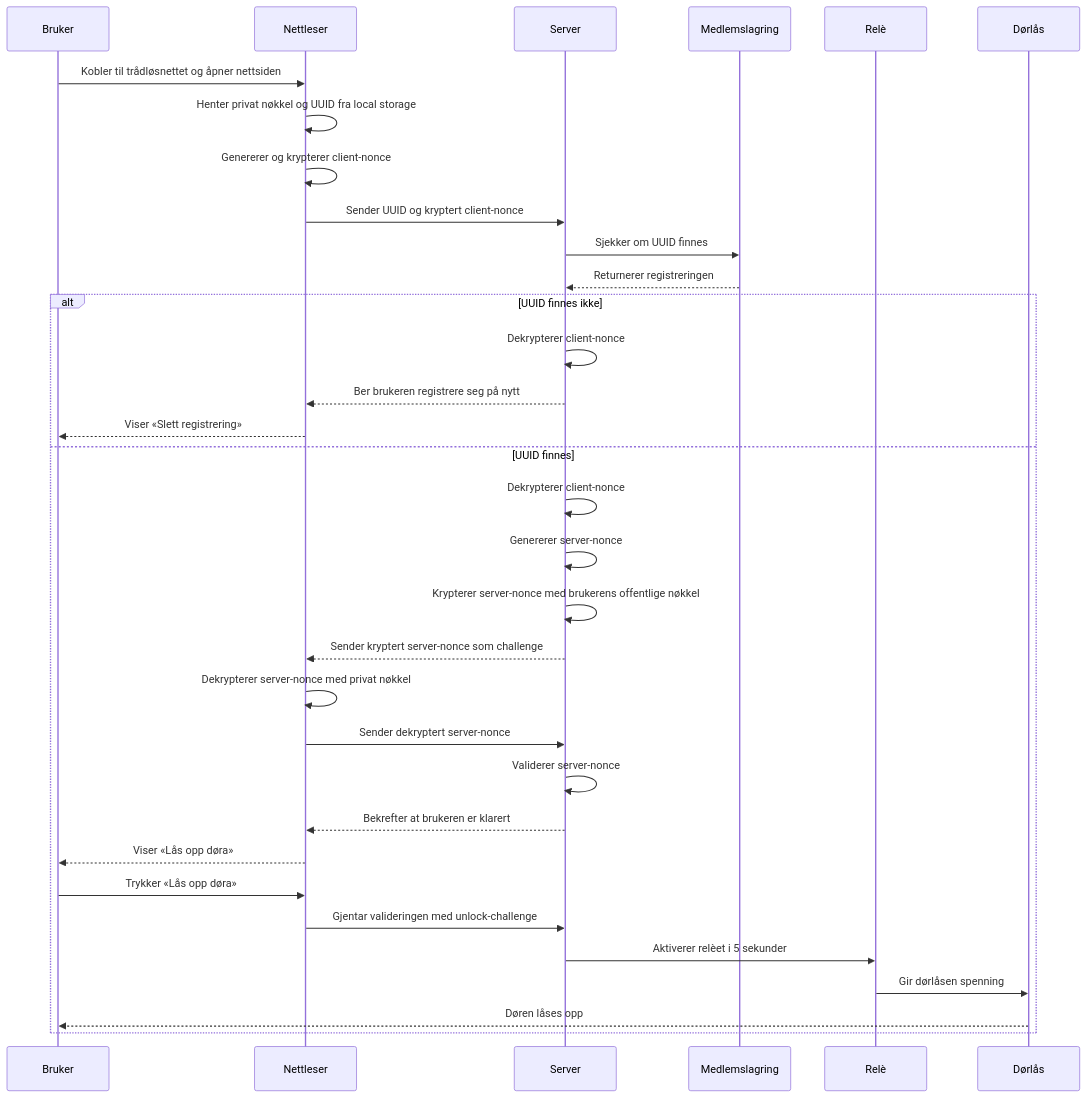
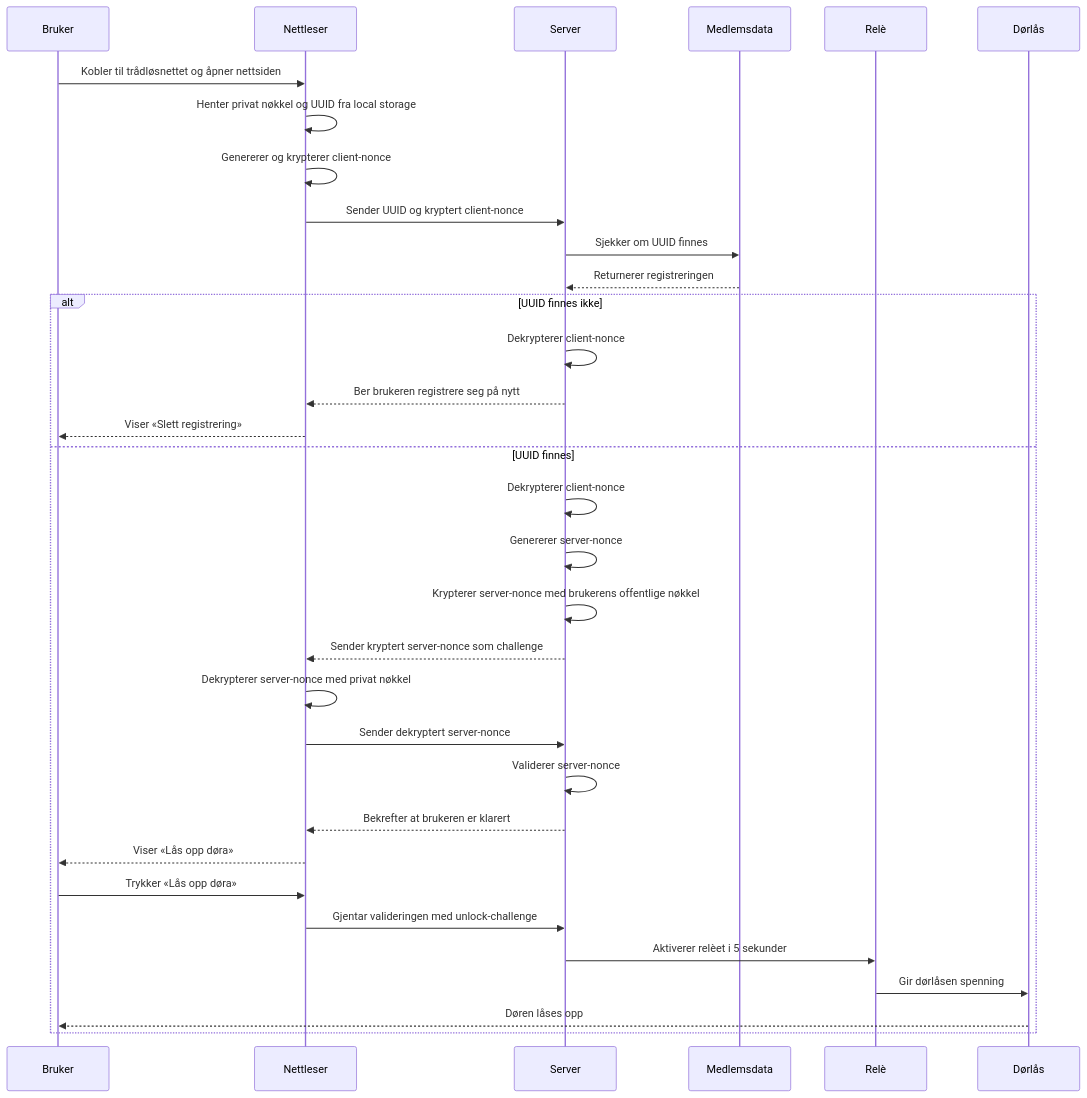
The third of 3 diagrams in ttl/README.md (tplive/harstadmakers), drawn with Mermaid before and after one commit. The commit also changed other lines of this file, not shown here.

Commit message:
Endre "Medlemslagring" -> "Medlemsdata".

````diff
--- a/ttl/README.md
+++ b/ttl/README.md
@@ -135,37 +135,37 @@
 ```mermaid
 sequenceDiagram
    participant Bruker
    participant Nettleser
    participant Server
-   participant Medlemslagring
+   participant Medlemsdata
    participant Relè
    participant Dørlås
 
    Bruker->>Nettleser: Kobler til trådløsnettet og åpner nettsiden
    Nettleser->>Nettleser: Henter privat nøkkel og UUID fra local storage
    Nettleser->>Nettleser: Genererer og krypterer client-nonce
    Nettleser->>Server: Sender UUID og kryptert client-nonce
-   Server->>Medlemslagring: Sjekker om UUID finnes
-   Medlemslagring-->>Server: Returnerer registreringen
+   Server->>Medlemsdata: Sjekker om UUID finnes
+   Medlemsdata-->>Server: Returnerer registreringen
 
    alt UUID finnes ikke
       Server->>Server: Dekrypterer client-nonce
       Server-->>Nettleser: Ber brukeren registrere seg på nytt
       Nettleser-->>Bruker: Viser «Slett registrering»
    else UUID finnes
       Server->>Server: Dekrypterer client-nonce
       Server->>Server: Genererer server-nonce
       Server->>Server: Krypterer server-nonce med brukerens offentlige nøkkel
       Server-->>Nettleser: Sender kryptert server-nonce som challenge
       Nettleser->>Nettleser: Dekrypterer server-nonce med privat nøkkel
       Nettleser->>Server: Sender dekryptert server-nonce
       Server->>Server: Validerer server-nonce
       Server-->>Nettleser: Bekrefter at brukeren er klarert
       Nettleser-->>Bruker: Viser «Lås opp døra»
       Bruker->>Nettleser: Trykker «Lås opp døra»
       Nettleser->>Server: Gjentar valideringen med unlock-challenge
       Server->>Relè: Aktiverer relèet i 5 sekunder
       Relè->>Dørlås: Gir dørlåsen spenning
       Dørlås-->>Bruker: Døren låses opp
    end
 ```
````
